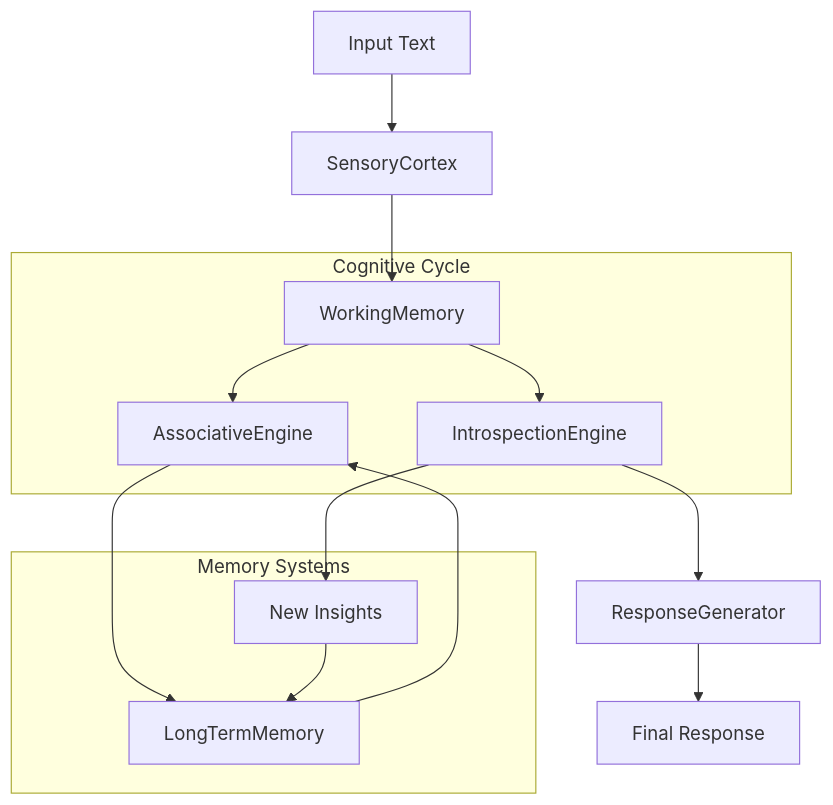
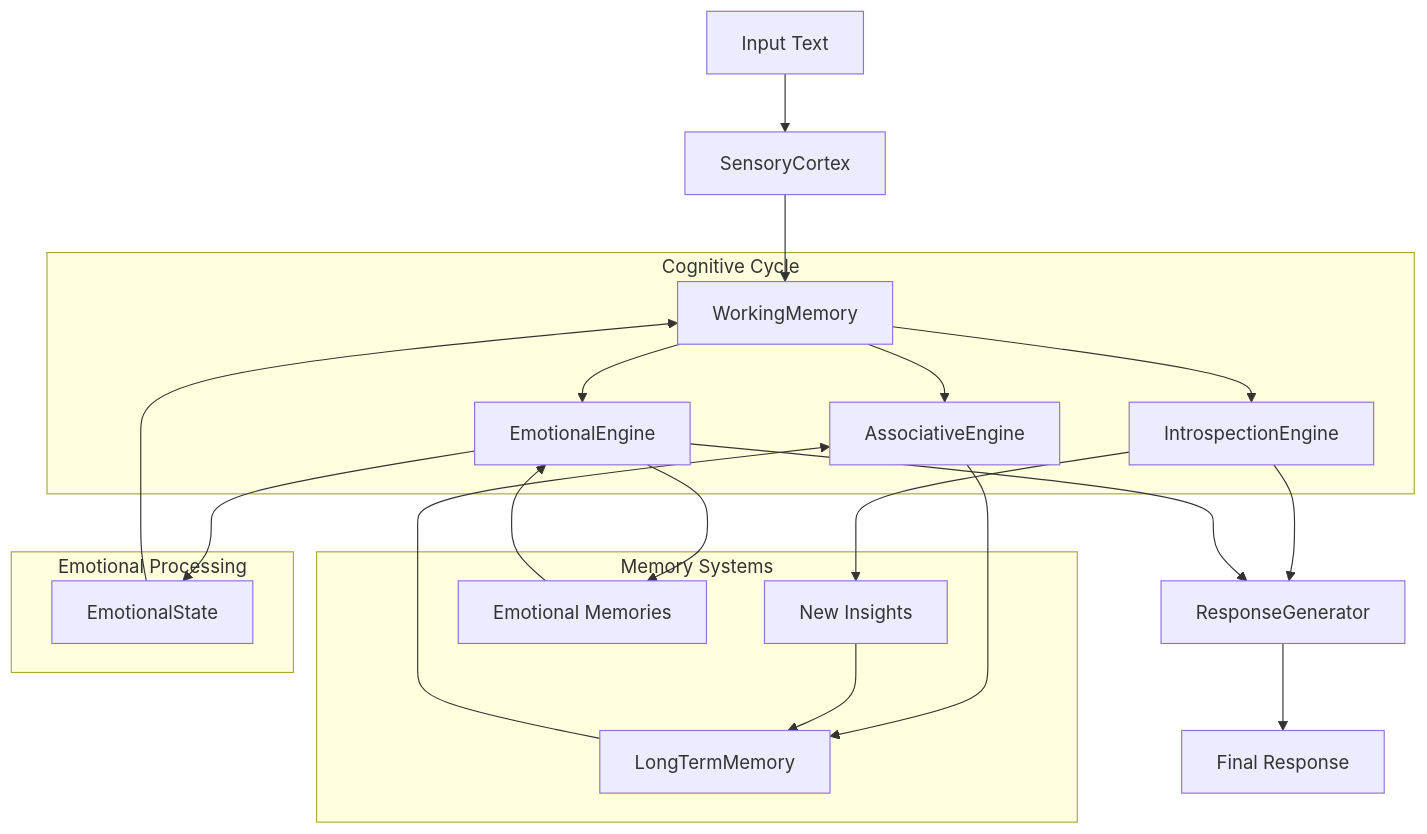
One commit to netsky-devel/Metacognitive-Engine-AI-Consciousness-Simulation changed the diagram in README.md. Above: the diagram before and after it, drawn with Mermaid. The commit also changed other lines of this file and 2 other files, not shown here.

````diff
--- a/README.md
+++ b/README.md
@@ -16,24 +16,38 @@
 ```mermaid
 graph TB
     A[Input Text] --> B[SensoryCortex]
     B --> C[WorkingMemory]
     C --> D[AssociativeEngine]
     C --> E[IntrospectionEngine]
+    C --> J[EmotionalEngine]
     D --> F[LongTermMemory]
     E --> G[ResponseGenerator]
+    J --> G
     F --> D
     E --> H[New Insights]
+    J --> K[Emotional Memories]
     H --> F
+    K --> J
     G --> I[Final Response]
     
     subgraph "Cognitive Cycle"
         C
         D
         E
+        J
     end
     
     subgraph "Memory Systems"
         F
         H
+        K
+    end
+    
+    subgraph "Emotional Processing"
+        J
+        K
+        L[EmotionalState]
+        J --> L
+        L --> C
     end
 ```
````
